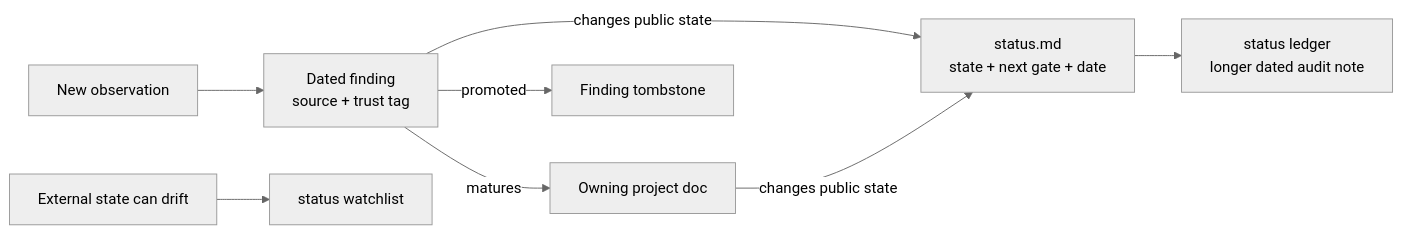
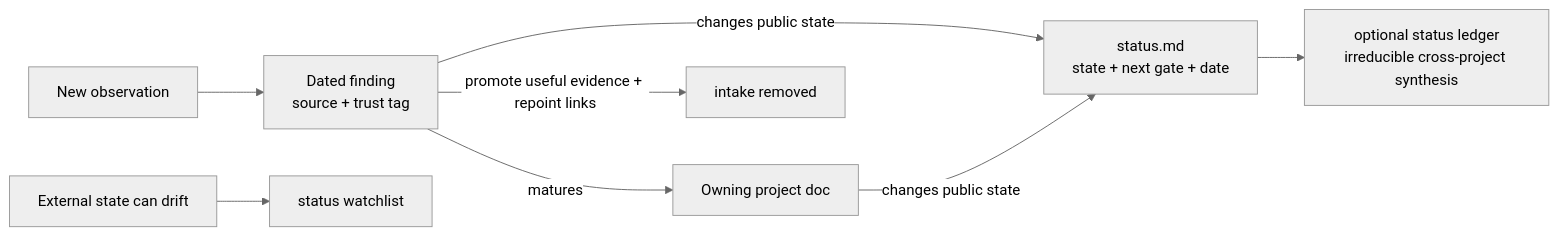
Before and after one commit to yisding/rock-5b-ysp: the diagram in CONTRIBUTING.md, drawn with Mermaid (neutral theme). The commit also changed other lines of this file and 15 other files, not shown here.

````diff
--- a/CONTRIBUTING.md
+++ b/CONTRIBUTING.md
@@ -93,10 +93,10 @@
 ```mermaid
 flowchart LR
   observation["New observation"] --> finding["Dated finding<br/>source + trust tag"]
   finding -->|matures| project["Owning project doc"]
   finding -->|changes public state| status["status.md<br/>state + next gate + date"]
   project -->|changes public state| status
-  status --> ledger["status ledger<br/>longer dated audit note"]
+  status --> ledger["optional status ledger<br/>irreducible cross-project synthesis"]
   volatile["External state can drift"] --> watchlist["status watchlist"]
-  finding -->|promoted| tombstone["Finding tombstone"]
+  finding -->|promote useful evidence + repoint links| removed["intake removed"]
 ```
````
